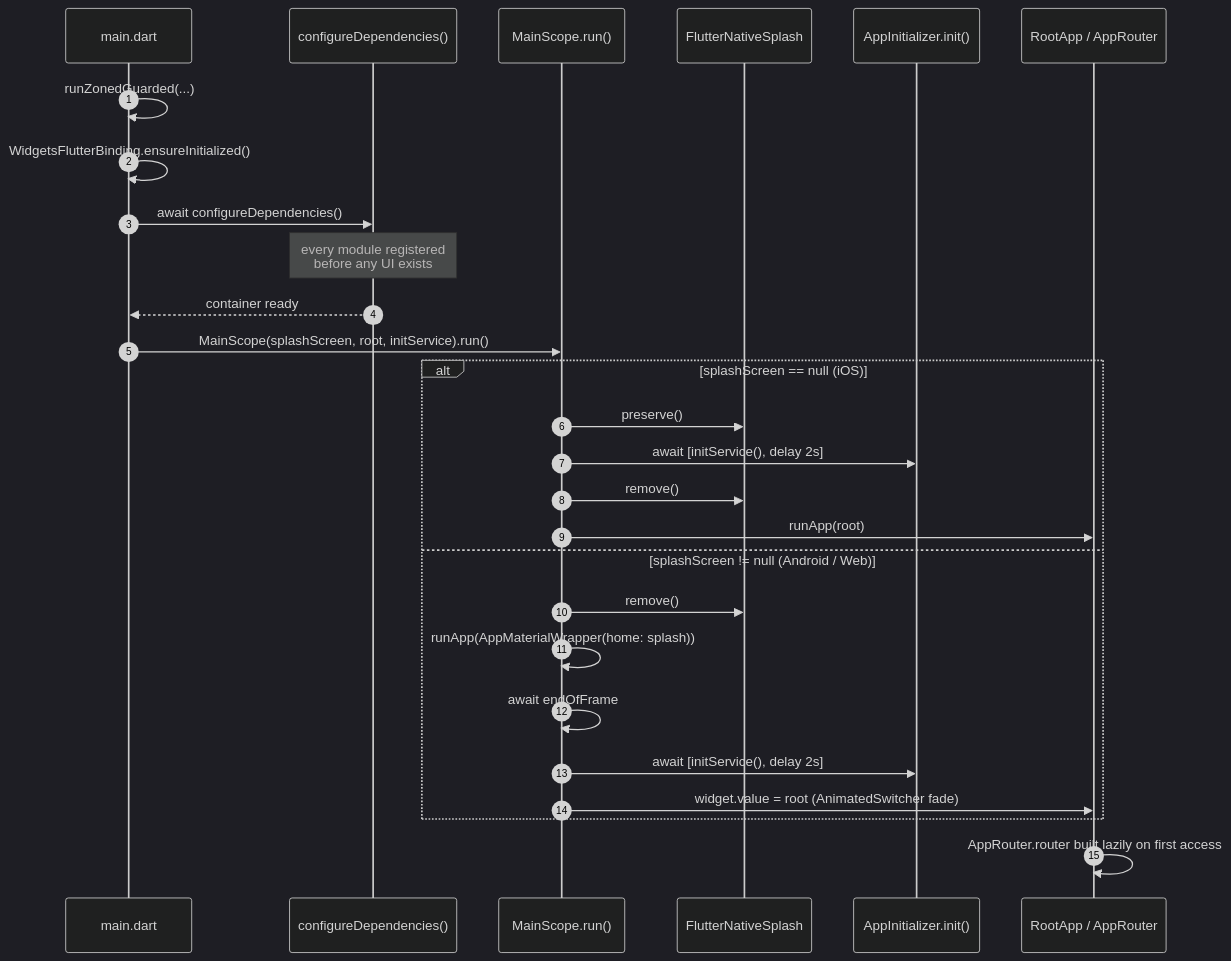
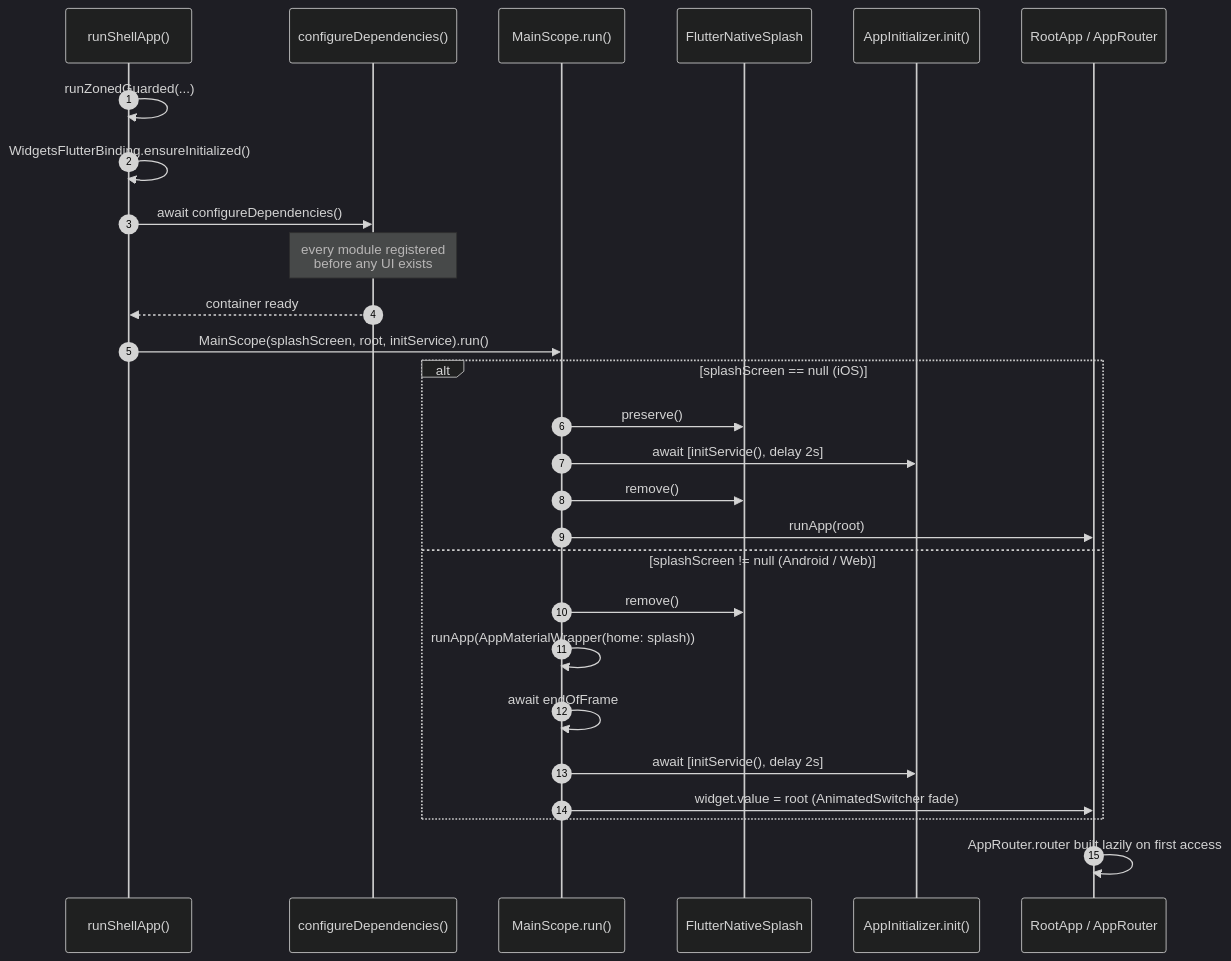
The diagram in docs/en/architecture/06_app_shell.md (CaoGiaHieu-dev/flutter-monorepo-codebase), drawn with Mermaid (dark theme) before and after one commit. The commit also changed other lines of this file and 25 other files, not shown here.

First line of the commit message:
fix: composer kept one app's view of the workspace; boot moves into the shell

````diff
--- a/docs/en/architecture/06_app_shell.md
+++ b/docs/en/architecture/06_app_shell.md
@@ -47,32 +49,32 @@
 ```mermaid
 sequenceDiagram
     autonumber
-    participant M as main.dart
+    participant M as runShellApp()
     participant DI as configureDependencies()
     participant S as MainScope.run()
     participant N as FlutterNativeSplash
     participant I as AppInitializer.init()
     participant R as RootApp / AppRouter
 
     M->>M: runZonedGuarded(...)
     M->>M: WidgetsFlutterBinding.ensureInitialized()
     M->>DI: await configureDependencies()
     Note over DI: every module registered<br/>before any UI exists
     DI-->>M: container ready
     M->>S: MainScope(splashScreen, root, initService).run()
 
     alt splashScreen == null (iOS)
         S->>N: preserve()
         S->>I: await [initService(), delay 2s]
         S->>N: remove()
         S->>R: runApp(root)
     else splashScreen != null (Android / Web)
         S->>N: remove()
         S->>S: runApp(AppMaterialWrapper(home: splash))
         S->>S: await endOfFrame
         S->>I: await [initService(), delay 2s]
         S->>R: widget.value = root  (AnimatedSwitcher fade)
     end
 
     R->>R: AppRouter.router built lazily on first access
 ```
````
